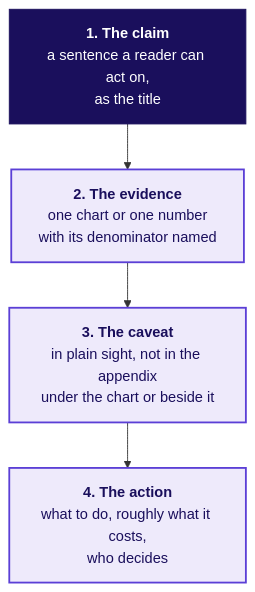
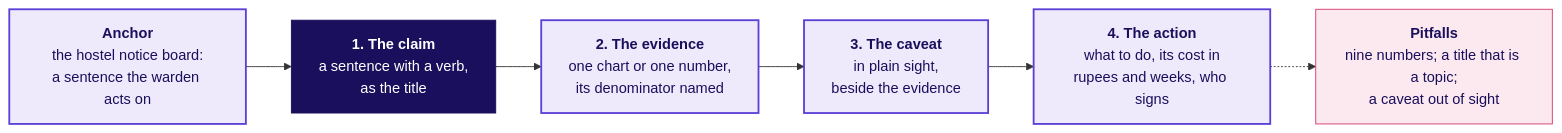
The second of 5 diagrams in content/W04/D2/slides/C2_W04_D02_half1_STUDENT.md (fde-academy-lab/c2-content-factory), drawn with Mermaid before and after one commit. The commit also changed other lines of this file and 8 other files, not shown here.

````diff
--- a/content/W04/D2/slides/C2_W04_D02_half1_STUDENT.md
+++ b/content/W04/D2/slides/C2_W04_D02_half1_STUDENT.md
@@ -180,12 +167,17 @@
 ```mermaid
-flowchart TD
-    T["<b>1. The claim</b><br/>a sentence a reader can act on,<br/>as the title"]
-    E["<b>2. The evidence</b><br/>one chart or one number<br/>with its denominator named"]
-    C["<b>3. The caveat</b><br/>in plain sight, not in the appendix<br/>under the chart or beside it"]
-    A["<b>4. The action</b><br/>what to do, roughly what it costs,<br/>who decides"]
-    T --> E --> C --> A
+flowchart LR
+    N["<b>Anchor</b><br/>the hostel notice board:<br/>a sentence the warden acts on"]
+    C["<b>1. The claim</b><br/>a sentence with a verb,<br/>as the title"]
+    E["<b>2. The evidence</b><br/>one chart or one number,<br/>its denominator named"]
+    V["<b>3. The caveat</b><br/>in plain sight,<br/>beside the evidence"]
+    A["<b>4. The action</b><br/>what to do, its cost in<br/>rupees and weeks, who signs"]
+    P["<b>Pitfalls</b><br/>nine numbers; a title that is a topic;<br/>a caveat out of sight"]
+    N --> C --> E --> V --> A
+    A -.-> P
+    classDef known fill:#EEEAFB,stroke:#5B3FD6,color:#1A0F5C,stroke-width:2px
     classDef lit fill:#1A0F5C,stroke:#1A0F5C,color:#FFFFFF
-    classDef known fill:#EEEAFB,stroke:#5B3FD6,color:#1A0F5C,stroke-width:2px
-    class T lit
-    class E,C,A known
+    classDef bad fill:#FBE9EF,stroke:#D63A6A,color:#1A0F5C
+    class N,E,V,A known
+    class C lit
+    class P bad
 ```
````
